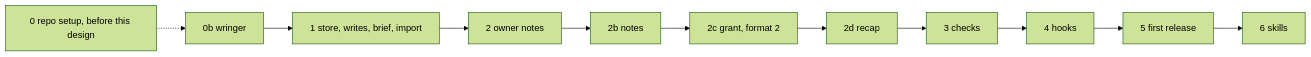
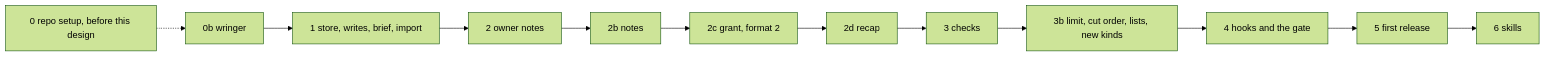
The diagram in docs/design/wherewerewe/build-order.md (zgeoff/wherewerewe), drawn with Mermaid (forest theme) before and after one commit. The commit also changed other lines of this file and 18 other files, not shown here.

````diff
--- a/docs/design/wherewerewe/build-order.md
+++ b/docs/design/wherewerewe/build-order.md
@@ -9,13 +9,14 @@
 ```mermaid
 flowchart LR
   s0[0 repo setup, before this design] -.-> s0b[0b wringer]
   s0b --> s1[1 store, writes, brief, import]
   s1 --> s2[2 owner notes]
   s2 --> s2b[2b notes]
   s2b --> s2c[2c grant, format 2]
   s2c --> s2d[2d recap]
   s2d --> s3[3 checks]
-  s3 --> s4[4 hooks]
+  s3 --> s3b[3b limit, cut order, lists, new kinds]
+  s3b --> s4[4 hooks and the gate]
   s4 --> s5[5 first release]
   s5 --> s6[6 skills]
 ```
````
